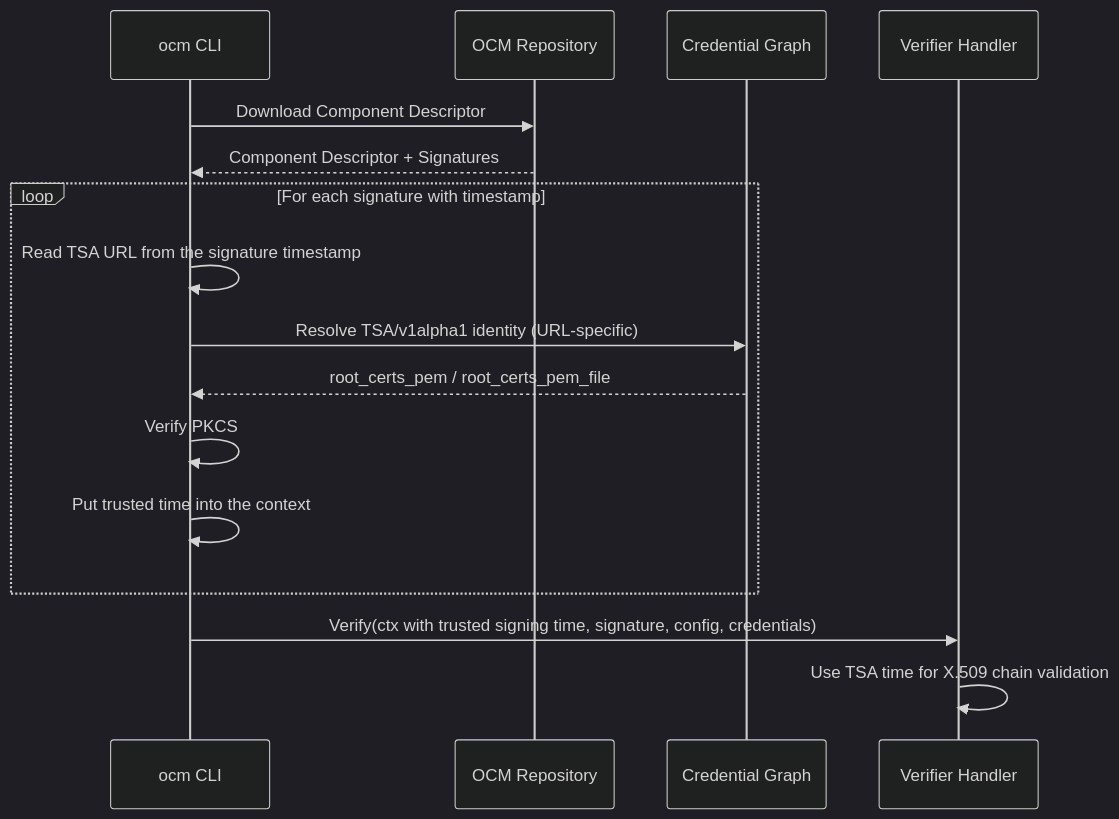
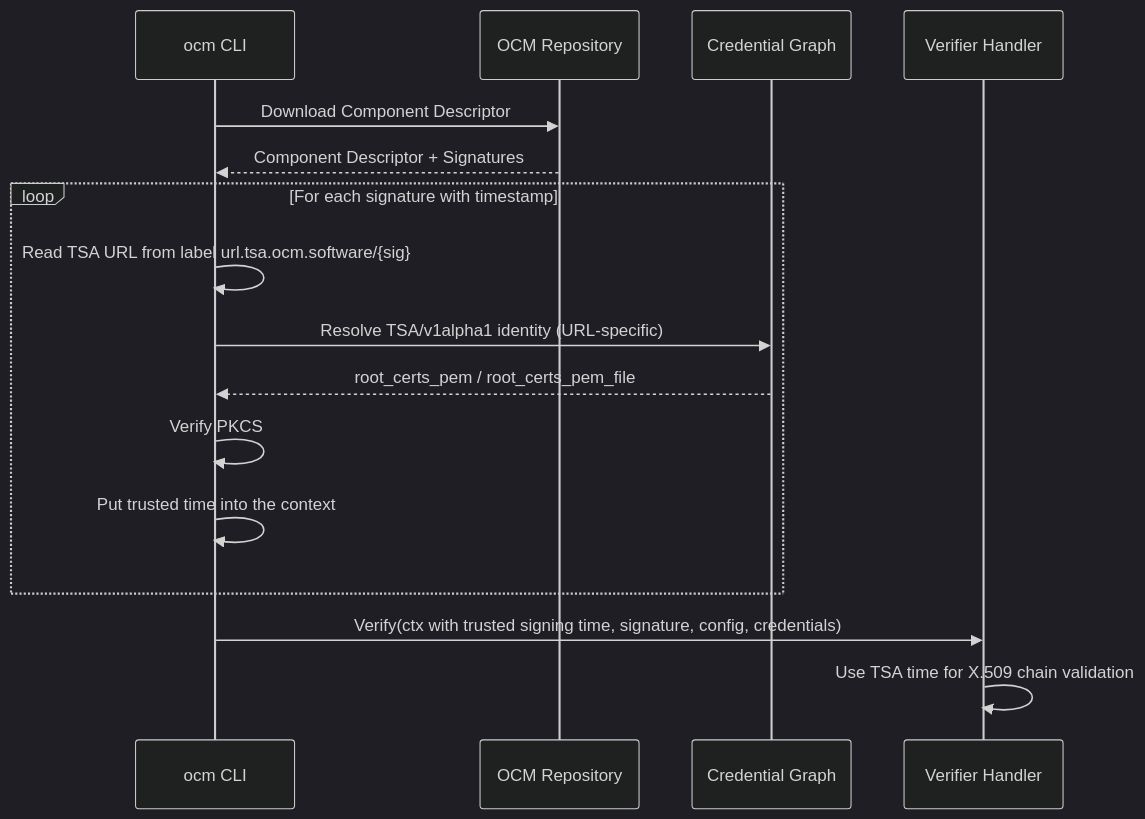
The second of 2 diagrams in docs/adr/0032_rfc3161_timestamping.md (open-component-model/open-component-model), drawn with Mermaid (dark theme) before and after one commit. The commit also changed other lines of this file and 15 other files, not shown here.

Commit message:
fix(signing): record TSA URL in an unsigned label instead of the timestamp

````diff
--- a/docs/adr/0032_rfc3161_timestamping.md
+++ b/docs/adr/0032_rfc3161_timestamping.md
@@ -248,19 +248,19 @@
 ```mermaid
 sequenceDiagram
     participant CLI as ocm CLI
     participant Repo as OCM Repository
     participant Creds as Credential Graph
     participant Handler as Verifier Handler
 
     CLI->>Repo: Download Component Descriptor
     Repo-->>CLI: Component Descriptor + Signatures
     loop For each signature with timestamp
-        CLI->>CLI: Read TSA URL from the signature timestamp
+        CLI->>CLI: Read TSA URL from label url.tsa.ocm.software/{sig}
         CLI->>Creds: Resolve TSA/v1alpha1 identity (URL-specific)
         Creds-->>CLI: root_certs_pem / root_certs_pem_file
         CLI->>CLI: Verify PKCS#7 token against digest + root pool
         CLI->>CLI: Put trusted time into the context
     end
     CLI->>Handler: Verify(ctx with trusted signing time, signature, config, credentials)
     Handler->>Handler: Use TSA time for X.509 chain validation
 ```
````
